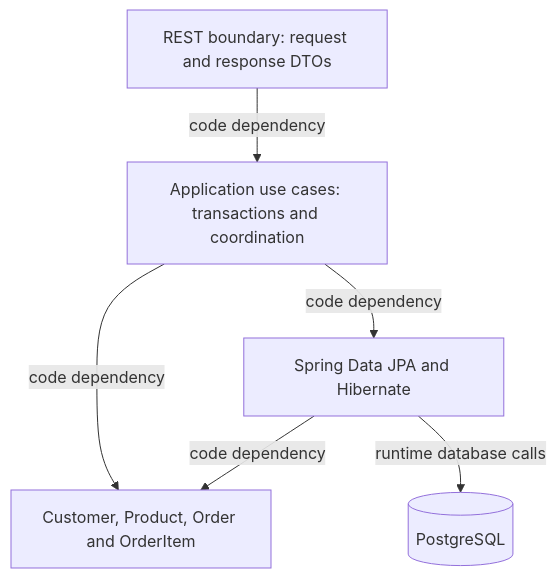
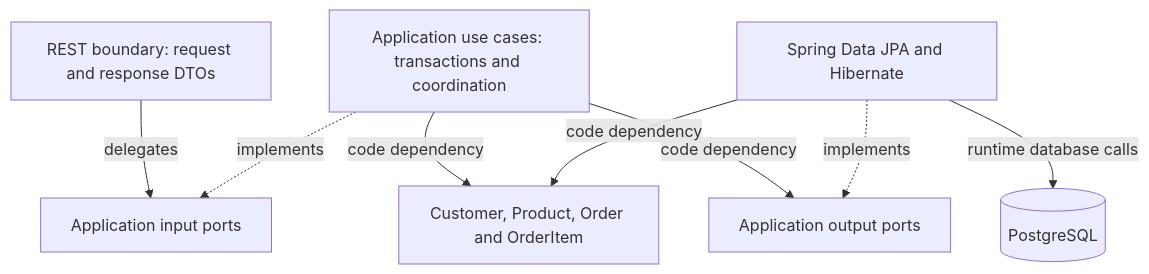
The second of 2 diagrams in docs/02-architecture/system-architecture.md (uvormbrock/agentic-order-service), drawn with Mermaid before and after one commit. The commit also changed other lines of this file and 171 other files, not shown here.

First line of the commit message:
refactor(architecture): migrate modular monolith to pragmatic hexagonal architecture

````diff
--- a/docs/02-architecture/system-architecture.md
+++ b/docs/02-architecture/system-architecture.md
@@ -56,13 +57,17 @@
 ```mermaid
 flowchart TB
     REST["REST boundary: request and response DTOs"]
     APP["Application use cases: transactions and coordination"]
     DOMAIN["Customer, Product, Order and OrderItem"]
     DATA["Spring Data JPA and Hibernate"]
     DB[("PostgreSQL")]
-    REST -->|code dependency| APP
     APP -->|code dependency| DOMAIN
-    APP -->|code dependency| DATA
+    PORT["Application output ports"]
+    INPUT["Application input ports"]
+    REST -->|delegates| INPUT
+    APP -. implements .-> INPUT
+    APP -->|code dependency| PORT
+    DATA -. implements .-> PORT
     DATA -->|code dependency| DOMAIN
     DATA -->|runtime database calls| DB
 ```
````
